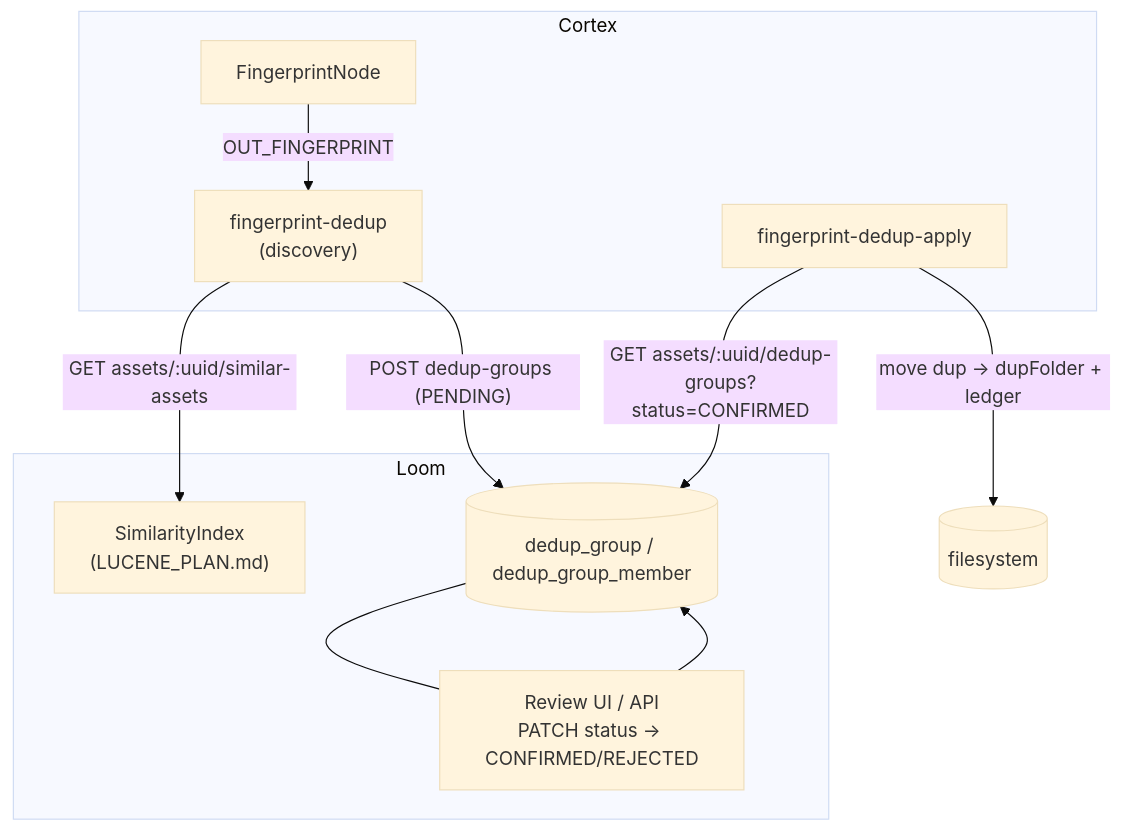
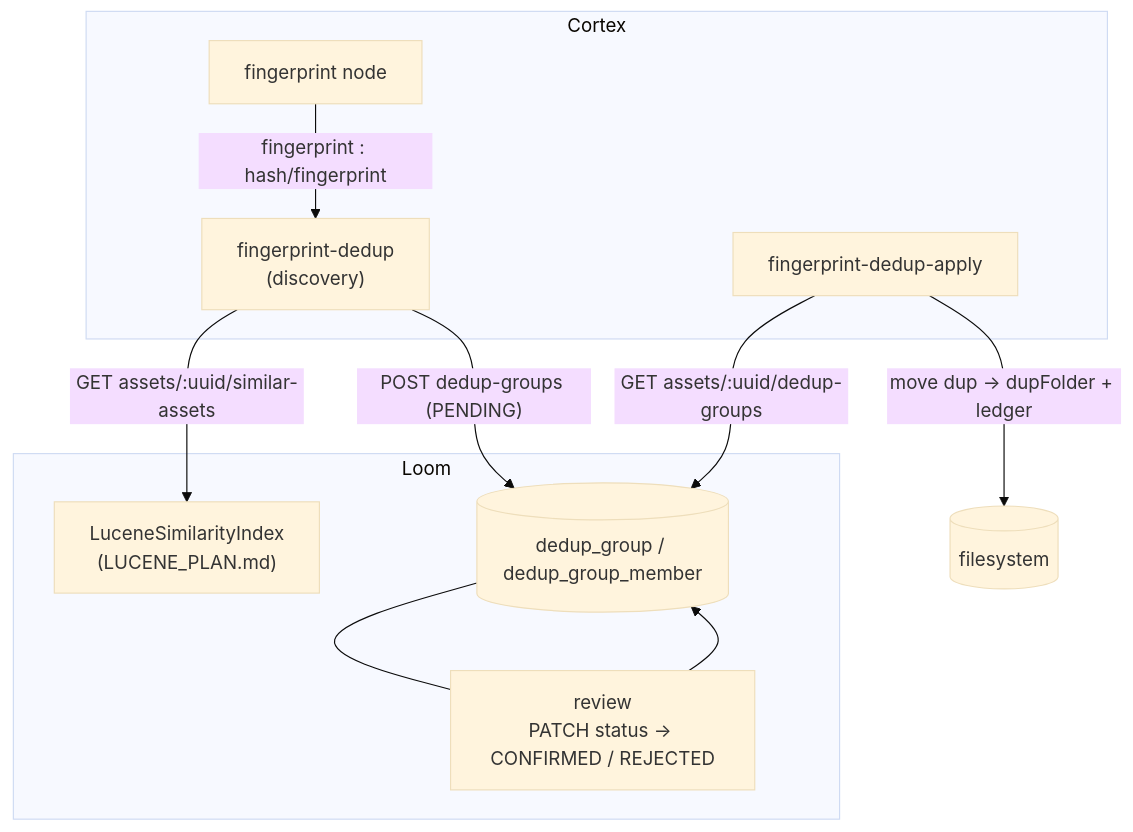
The diagram in spec/features/pipeline-nodes/NODE_DEDUP_PLAN.md (metaloom/metaloom), drawn with Mermaid (base theme) before and after one commit. The commit also changed other lines of this file and 53 other files, not shown here.

````diff
--- a/spec/features/pipeline-nodes/NODE_DEDUP_PLAN.md
+++ b/spec/features/pipeline-nodes/NODE_DEDUP_PLAN.md
@@ -236,19 +141,19 @@
 ```mermaid
 graph TB
     subgraph cx["Cortex"]
-        FP["FingerprintNode"] -->|OUT_FINGERPRINT| DISC
+        FP["fingerprint node"] -->|"fingerprint : hash/fingerprint"| DISC
         DISC["fingerprint-dedup<br/>(discovery)"]
         APPLY["fingerprint-dedup-apply"]
     end
     DISC -->|"GET assets/:uuid/similar-assets"| SIM
     DISC -->|"POST dedup-groups (PENDING)"| DG
     subgraph loom["Loom"]
-        SIM["SimilarityIndex<br/>(LUCENE_PLAN.md)"]
+        SIM["LuceneSimilarityIndex<br/>(LUCENE_PLAN.md)"]
         DG[("dedup_group / dedup_group_member")]
-        UI["Review UI / API<br/>PATCH status → CONFIRMED/REJECTED"]
+        UI["review<br/>PATCH status → CONFIRMED / REJECTED"]
         DG --- UI
     end
     UI --> DG
-    APPLY -->|"GET assets/:uuid/dedup-groups?status=CONFIRMED"| DG
+    APPLY -->|"GET assets/:uuid/dedup-groups"| DG
     APPLY -->|"move dup → dupFolder + ledger"| FS[("filesystem")]
 ```
````
